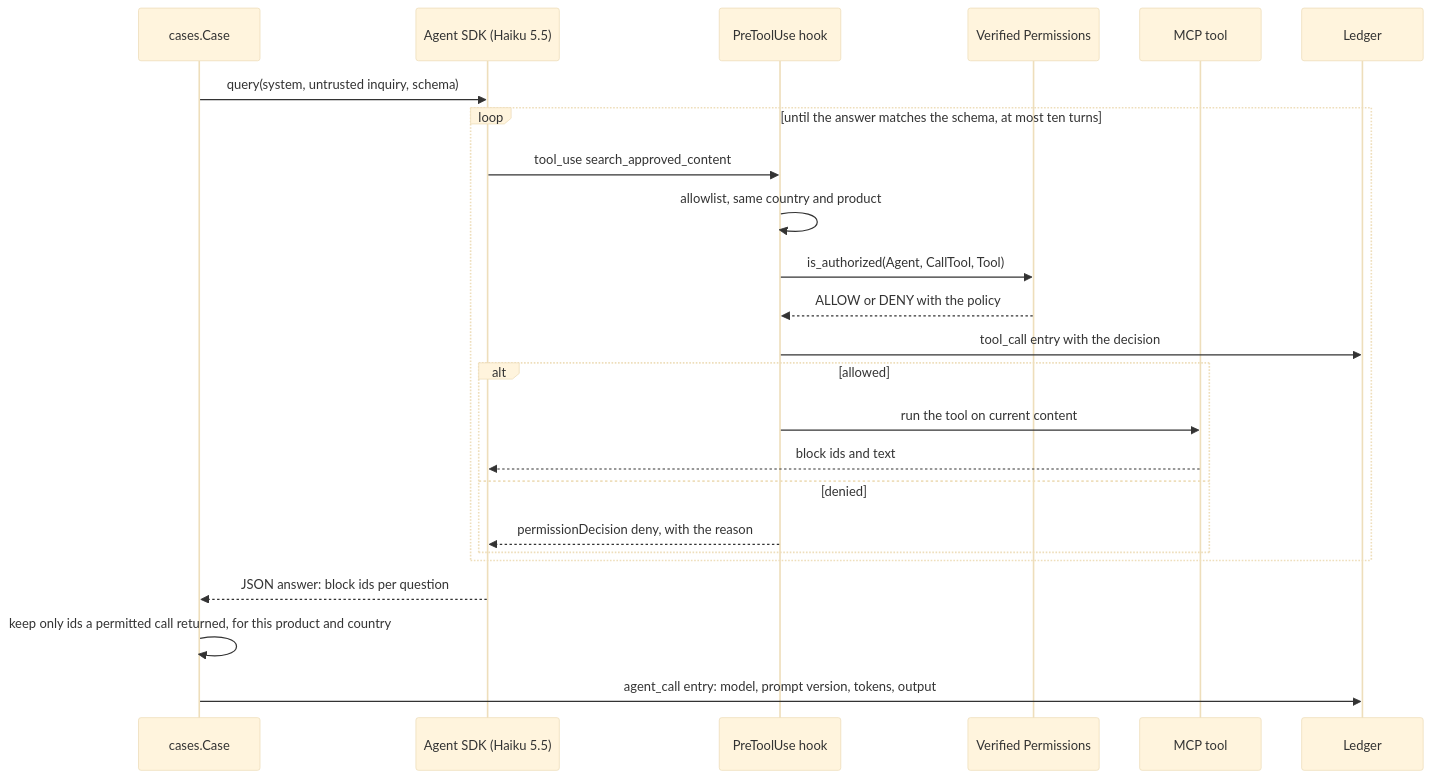
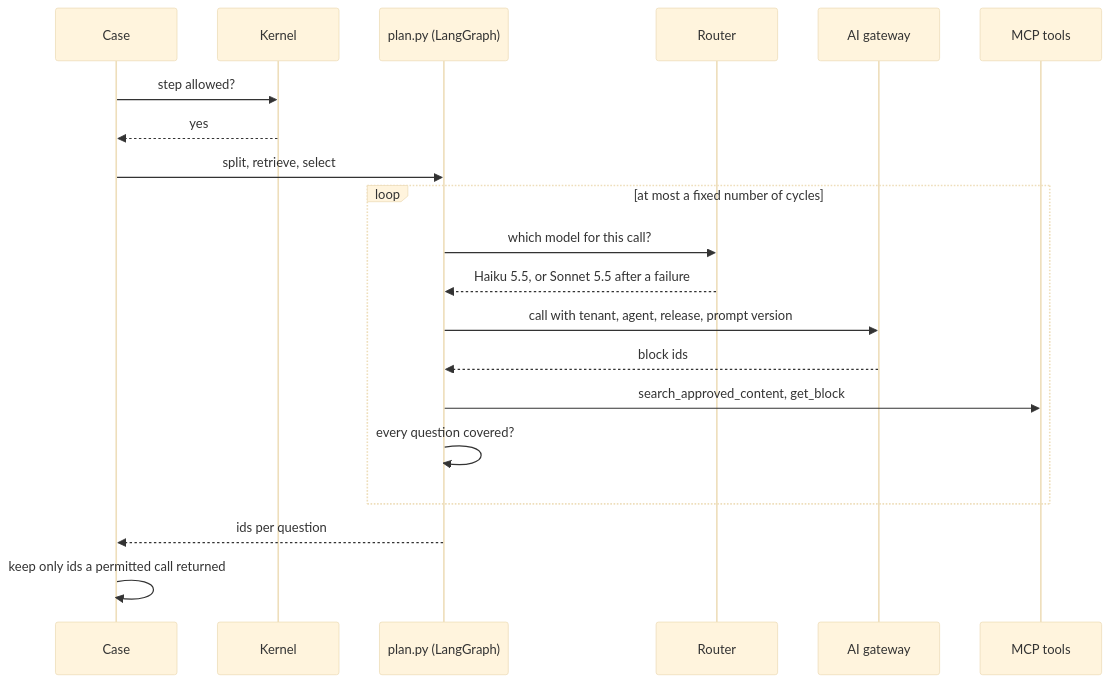
Before and after one commit to learnwithparam/enterprise-agentic-architecture: the sixth of 20 diagrams in docs/architecture-walkthrough.md, drawn with Mermaid (base theme). The commit also changed other lines of this file and 282 other files, not shown here.

Commit message:
Turn the repo into an agentic AI system: Temporal agents, policy kernel, gateway, releases, console, docs and coverage

````diff
--- a/docs/architecture-walkthrough.md
+++ b/docs/architecture-walkthrough.md
@@ -78,26 +175,22 @@
 ```mermaid
 sequenceDiagram
-  participant C as cases.Case
-  participant S as Agent SDK (Haiku 5.5)
-  participant H as PreToolUse hook
-  participant P as Verified Permissions
-  participant T as MCP tool
-  participant L as Ledger
-  C->>S: query(system, untrusted inquiry, schema)
-  loop until the answer matches the schema, at most ten turns
-    S->>H: tool_use search_approved_content
-    H->>H: allowlist, same country and product
-    H->>P: is_authorized(Agent, CallTool, Tool)
-    P-->>H: ALLOW or DENY with the policy
-    H->>L: tool_call entry with the decision
-    alt allowed
-      H->>T: run the tool on current content
-      T-->>S: block ids and text
-    else denied
-      H-->>S: permissionDecision deny, with the reason
-    end
+  participant C as Case
+  participant K as Kernel
+  participant P as plan.py (LangGraph)
+  participant R as Router
+  participant G as AI gateway
+  participant T as MCP tools
+  C->>K: step allowed?
+  K-->>C: yes
+  C->>P: split, retrieve, select
+  loop at most a fixed number of cycles
+    P->>R: which model for this call?
+    R-->>P: Haiku 5.5, or Sonnet 5.5 after a failure
+    P->>G: call with tenant, agent, release, prompt version
+    G-->>P: block ids
+    P->>T: search_approved_content, get_block
+    P->>P: every question covered?
   end
-  S-->>C: JSON answer: block ids per question
-  C->>C: keep only ids a permitted call returned, for this product and country
-  C->>L: agent_call entry: model, prompt version, tokens, output
+  P-->>C: ids per question
+  C->>C: keep only ids a permitted call returned
 ```
````
